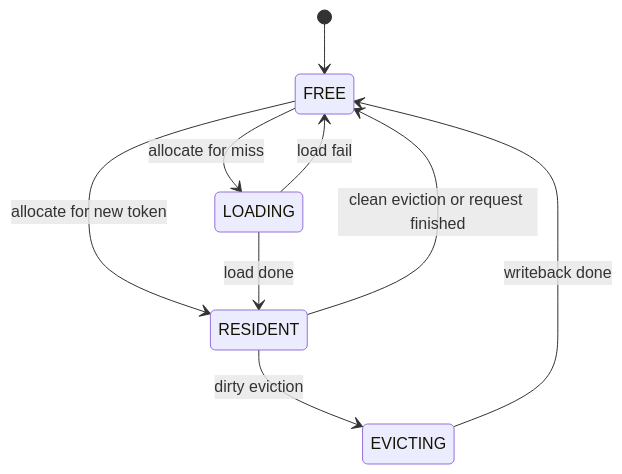
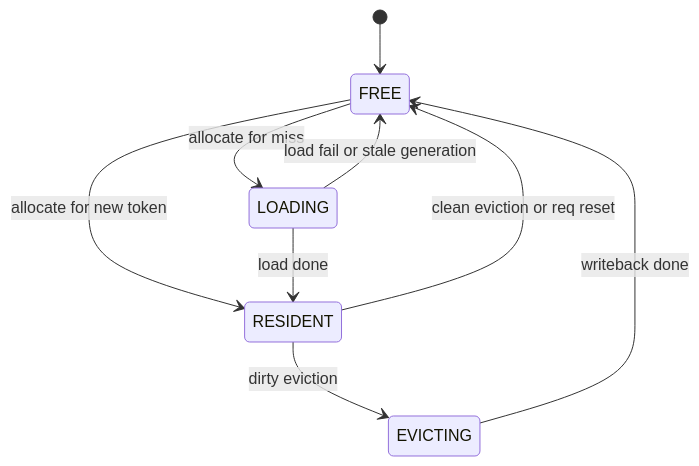
One commit to ykfnxx/ASU-Ascend changed the fifth of 13 diagrams in docs/draft/2026-06-02-npu-hbm-kvcache-management-draft.md. Above: the diagram before and after it, drawn with Mermaid. The commit also changed other lines of this file, not shown here.

Commit message:
Update KVCache draft with index flows

````diff
--- a/docs/draft/2026-06-02-npu-hbm-kvcache-management-draft.md
+++ b/docs/draft/2026-06-02-npu-hbm-kvcache-management-draft.md
@@ -539,11 +269,11 @@
 ```mermaid
 stateDiagram-v2
     [*] --> FREE
     FREE --> LOADING: allocate for miss
     FREE --> RESIDENT: allocate for new token
     LOADING --> RESIDENT: load done
-    LOADING --> FREE: load fail
+    LOADING --> FREE: load fail or stale generation
     RESIDENT --> EVICTING: dirty eviction
     EVICTING --> FREE: writeback done
-    RESIDENT --> FREE: clean eviction or request finished
+    RESIDENT --> FREE: clean eviction or req reset
 ```
````
